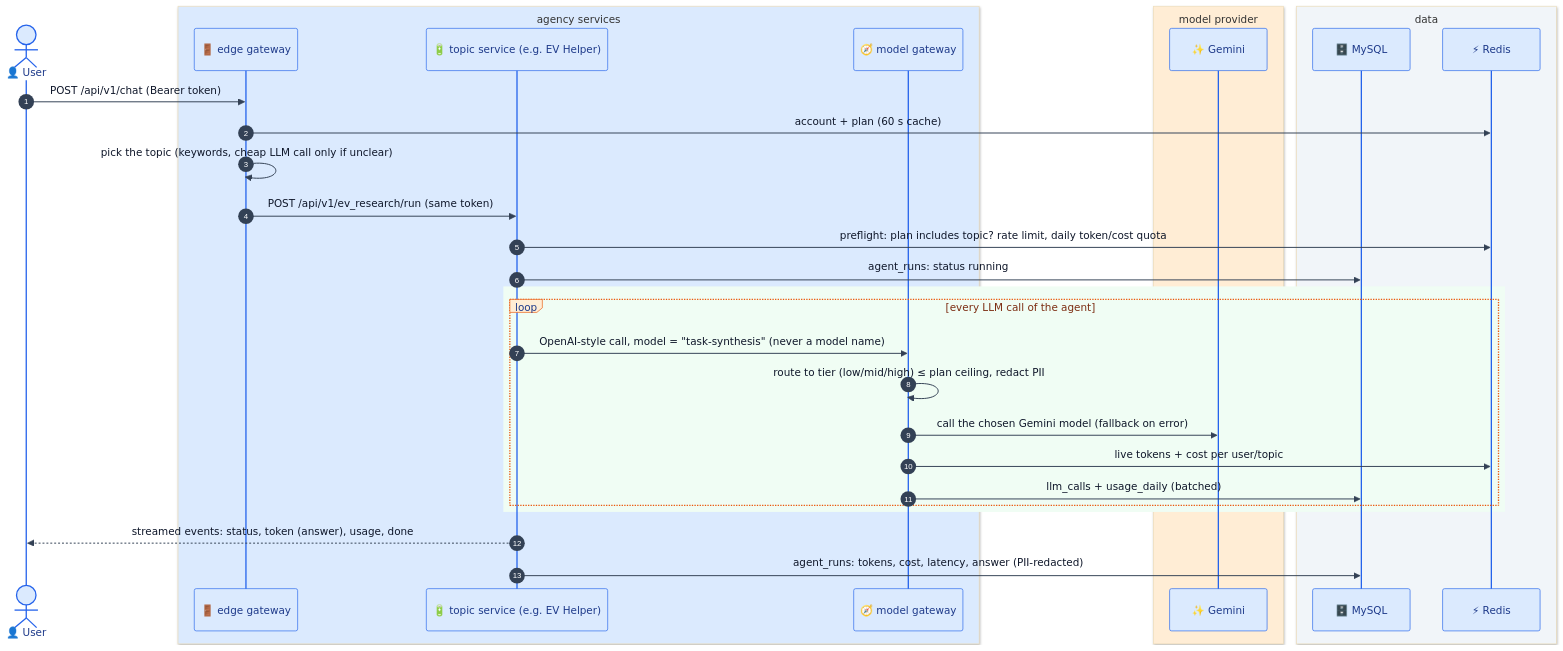
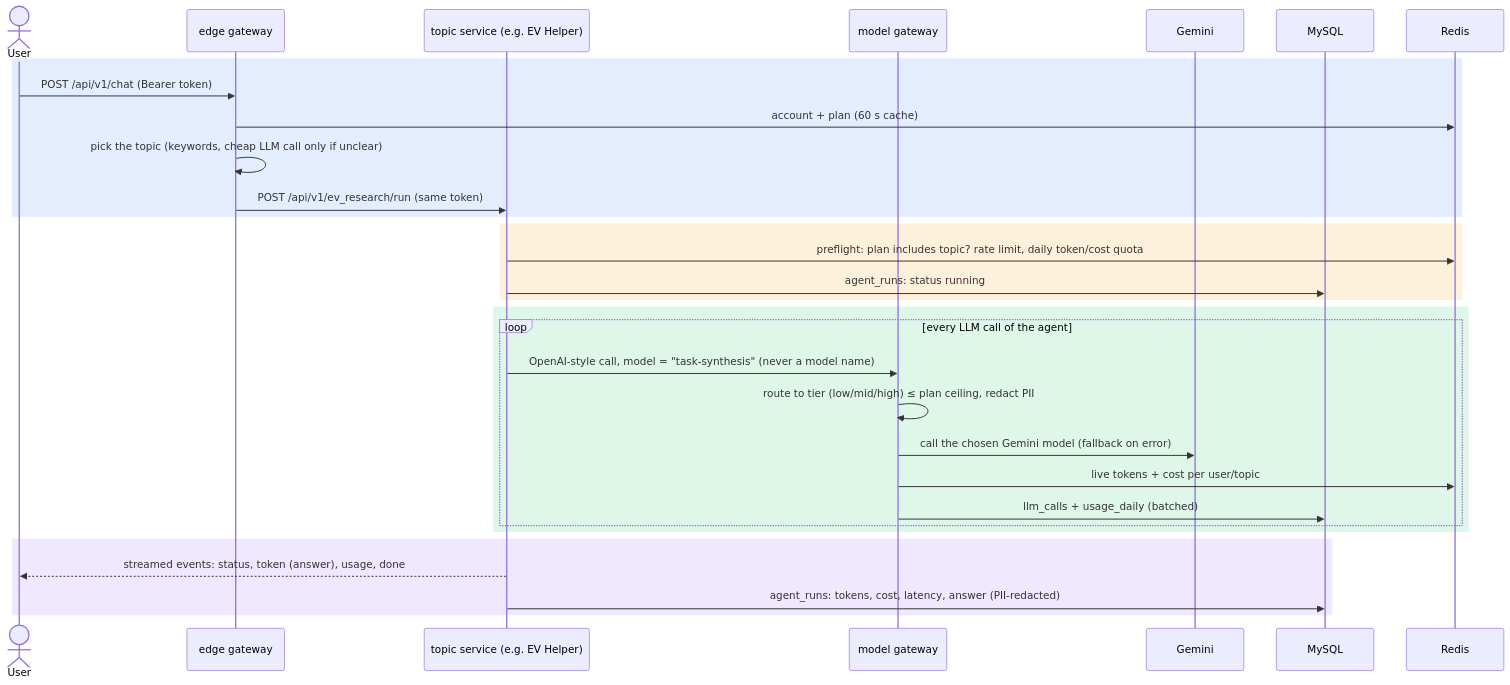
One commit to Everesto-Inc/agency-backend changed the diagram in docs/architecture.md. Above: the diagram before and after it, drawn with Mermaid. The commit also changed other lines of this file and 1 other file, not shown here.

Commit message:
docs: original diagram layouts back, colour only (role colours; translucent phase bands readable in dark mode)

````diff
--- a/docs/architecture.md
+++ b/docs/architecture.md
@@ -20,35 +20,33 @@
 ```mermaid
-%%{init: {'theme': 'base', 'themeVariables': {'fontSize': '14px', 'actorBkg': '#dbeafe', 'actorBorder': '#2563eb', 'actorTextColor': '#1e3a8a', 'signalColor': '#334155', 'signalTextColor': '#0f172a', 'noteBkgColor': '#fef3c7', 'noteBorderColor': '#d97706', 'loopTextColor': '#7c2d12', 'labelBoxBkgColor': '#ffedd5', 'labelBoxBorderColor': '#ea580c', 'activationBkgColor': '#e0f2fe', 'sequenceNumberColor': '#ffffff'}}}%%
 sequenceDiagram
-  autonumber
-  actor U as 👤 User
-  box rgb(219, 234, 254) agency services
-    participant E as 🚪 edge gateway
-    participant T as 🔋 topic service (e.g. EV Helper)
-    participant G as 🧭 model gateway
-  end
-  box rgb(255, 237, 213) model provider
-    participant M as ✨ Gemini
-  end
-  box rgb(241, 245, 249) data
-    participant DB as 🗄️ MySQL
-    participant R as ⚡ Redis
-  end
+  actor U as User
+  participant E as edge gateway
+  participant T as topic service (e.g. EV Helper)
+  participant G as model gateway
+  participant M as Gemini
+  participant DB as MySQL
+  participant R as Redis
+  rect rgba(59, 130, 246, 0.14)
   U->>E: POST /api/v1/chat (Bearer token)
   E->>R: account + plan (60 s cache)
   E->>E: pick the topic (keywords, cheap LLM call only if unclear)
   E->>T: POST /api/v1/ev_research/run (same token)
+  end
+  rect rgba(245, 158, 11, 0.14)
   T->>R: preflight: plan includes topic? rate limit, daily token/cost quota
   T->>DB: agent_runs: status running
-  rect rgb(240, 253, 244)
+  end
+  rect rgba(34, 197, 94, 0.14)
   loop every LLM call of the agent
     T->>G: OpenAI-style call, model = "task-synthesis" (never a model name)
     G->>G: route to tier (low/mid/high) ≤ plan ceiling, redact PII
     G->>M: call the chosen Gemini model (fallback on error)
     G->>R: live tokens + cost per user/topic
     G->>DB: llm_calls + usage_daily (batched)
   end
   end
+  rect rgba(139, 92, 246, 0.14)
   T-->>U: streamed events: status, token (answer), usage, done
   T->>DB: agent_runs: tokens, cost, latency, answer (PII-redacted)
+  end
 ```
````
